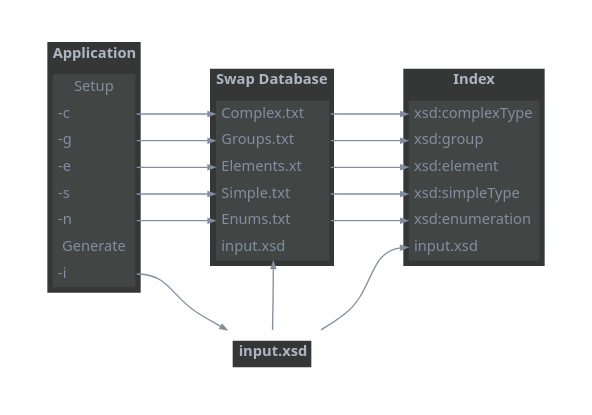
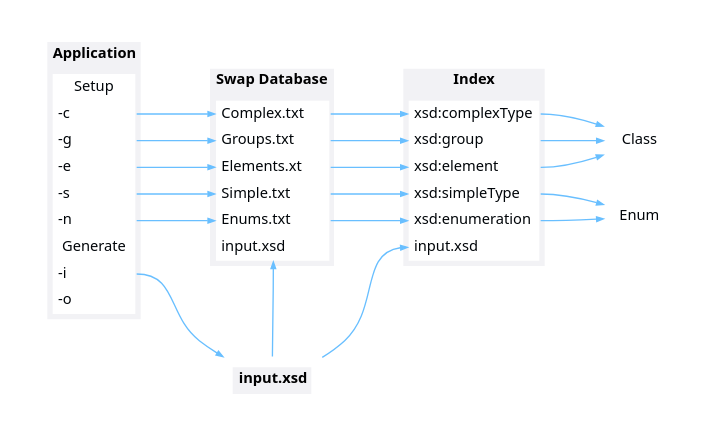
The diagram in Current/images/internal-diagram-2.dot (CharlesCarley/MdDox), drawn with Graphviz before and after one commit. The commit also changed 522 other files, not shown here.

```diff
--- a/Current/images/internal-diagram-2.dot
+++ b/Current/images/internal-diagram-2.dot
@@ -1,102 +1,110 @@
 
 
 digraph {
     bgcolor = none;
     rankdir = "LR";
     layout  = dot;
     
     node [
         shape     = none
         fontname  = "Segoe UI"
-        fontcolor = "#828EA0FF"
+        fontcolor = "#010509FF"
         fontsize  = "11"
     ]
     edge [
         arrowsize = "0.5"
-        color     = "#828EA0FF"
+        color     = "#69BFFFFF"
         fontname  = "Segoe UI"
-        fontcolor = "#828EA0FF"
+        fontcolor = "#010509FF"
         fontsize  = "11"
     ]
 
     subgraph cluster_a{
         peripheries = 0
         bgcolor     = none
 
         Application[label=<
-            <table border="0" cellspacing="0" cellpadding="4" bgcolor="#343736FF">
-                <tr><td align="center" port="Title"><font color="#AEB6C2FF"><b>Application</b></font></td></tr>
+            <table border="0" cellspacing="0" cellpadding="4" bgcolor="#F2F2F5FF">
+                <tr><td align="center" port="Title"><font color="#000001FF"><b>Application</b></font></td></tr>
                 <tr><td align="left">
-                <table border="0" cellspacing="0" cellpadding="4" bgcolor="#464948C0">
+                <table border="0" cellspacing="0" cellpadding="4" bgcolor="#FFFFFFFF">
                 <tr><td align="center">Setup</td></tr>
                 <tr><td align="left" port="C">-c</td></tr>
                 <tr><td align="left" port="G">-g</td></tr>
                 <tr><td align="left" port="E">-e</td></tr>
                 <tr><td align="left" port="S">-s</td></tr>
                 <tr><td align="left" port="N">-n</td></tr>
                 <tr><td align="center">Generate</td></tr>
                 <tr><td align="left" port="I">-i</td></tr>
+                <tr><td align="left" port="O">-o</td></tr>
                 </table>
                 </td></tr>
             </table>
         >];
 
         Database[label=<
-            <table border="0" cellspacing="0" cellpadding="4" bgcolor="#343736FF">
-                <tr><td align="center" port="Title"><font color="#AEB6C2FF"><b>Swap Database</b></font></td></tr>
+            <table border="0" cellspacing="0" cellpadding="4" bgcolor="#F2F2F5FF">
+                <tr><td align="center" port="Title"><font color="#000001FF"><b>Swap Database</b></font></td></tr>
                 <tr><td align="left">
-                <table border="0" cellspacing="0" cellpadding="4" bgcolor="#464948C0">
+                <table border="0" cellspacing="0" cellpadding="4" bgcolor="#FFFFFFFF">
                 <tr><td align="left" port="C">Complex.txt</td></tr>
                 <tr><td align="left" port="G">Groups.txt</td></tr>
                 <tr><td align="left" port="E">Elements.xt</td></tr>
                 <tr><td align="left" port="S">Simple.txt</td></tr>
                 <tr><td align="left" port="N">Enums.txt</td></tr>
                 <tr><td align="left" port="I">input.xsd</td></tr>
                 </table>
                 </td></tr>
             </table>
         >];
         
         Index[label=<
-        <table border="0" cellspacing="0" cellpadding="4" bgcolor="#343736FF">
-            <tr><td align="center" port="Title"><font color="#AEB6C2FF"><b>Index</b></font></td></tr>
+        <table border="0" cellspacing="0" cellpadding="4" bgcolor="#F2F2F5FF">
+            <tr><td align="center" port="Title"><font color="#000001FF"><b>Index</b></font></td></tr>
             <tr><td align="left">
-            <table border="0" cellspacing="0" cellpadding="4" bgcolor="#464948C0">
+            <table border="0" cellspacing="0" cellpadding="4" bgcolor="#FFFFFFFF">
             <tr><td align="left" port="C">xsd:complexType</td></tr>
             <tr><td align="left" port="G">xsd:group</td></tr>
             <tr><td align="left" port="E">xsd:element</td></tr>
             <tr><td align="left" port="S">xsd:simpleType</td></tr>
             <tr><td align="left" port="N">xsd:enumeration</td></tr>
             <tr><td align="left" port="I">input.xsd</td></tr>
             </table>
             </td></tr>
         </table>
         >];
 
+
+        Index:C->Class
+        Index:G->Class
+        Index:E->Class
+        Index:S->Enum
+        Index:N->Enum
+                
     }
 
     subgraph cluster_b{
         peripheries=0
         Input[label=<
-        <table border="0" cellspacing="0" cellpadding="4" bgcolor="#343736FF">
-            <tr><td align="center" port="Title"><font color="#AEB6C2FF"><b>input.xsd</b></font></td></tr>
+        <table border="0" cellspacing="0" cellpadding="4" bgcolor="#F2F2F5FF">
+            <tr><td align="center" port="Title"><font color="#000001FF"><b>input.xsd</b></font></td></tr>
         </table>
         >];
     }
     
     Application:C->Database:C
     Application:S->Database:S
     Application:E->Database:E
     Application:N->Database:N
     Application:G->Database:G
     
 
     Application:I->Input;
     Database:C->Index:C;
     Database:S->Index:S;
     Database:E->Index:E;
     Database:N->Index:N;
     Database:G->Index:G;
     Input->Database:I;
     Input->Index:I;
 }
```
